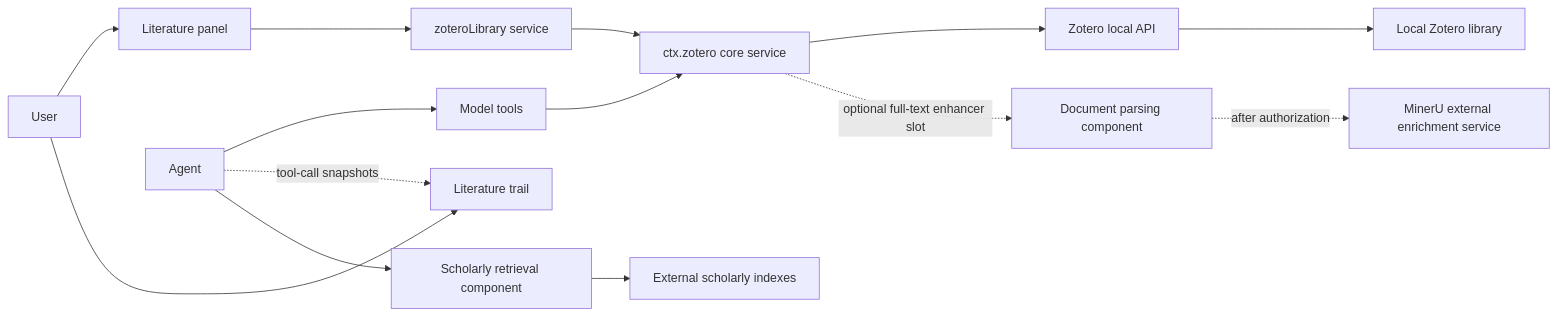
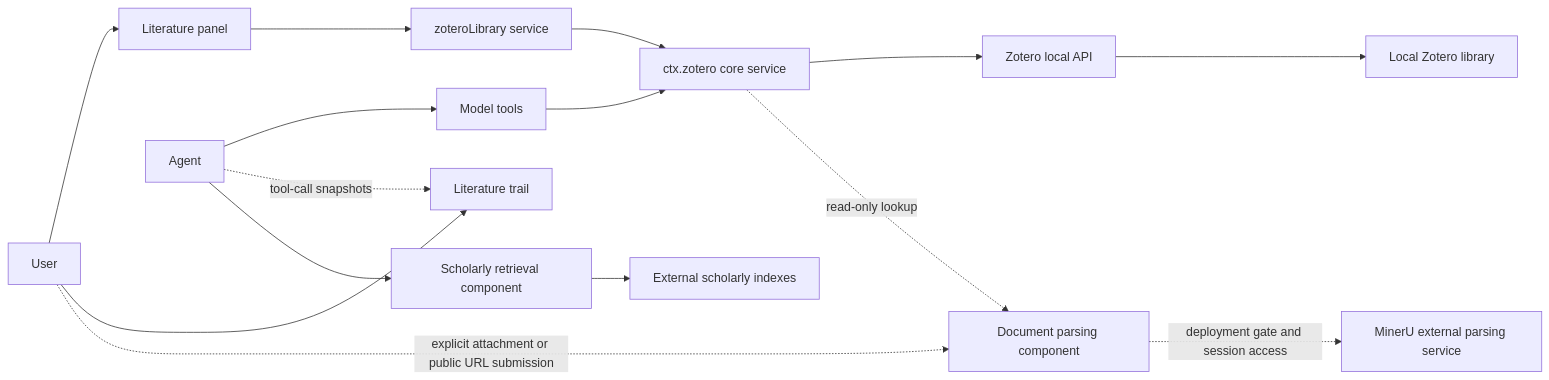
Before and after one commit to Vncntvx/dsh-zotero: the diagram in docs/product-model.en.md, drawn with Mermaid. The commit also changed other lines of this file and 133 other files, not shown here.

````diff
--- a/docs/product-model.en.md
+++ b/docs/product-model.en.md
@@ -58,14 +68,16 @@
 ```mermaid
 graph LR
     U[User] --> P[Literature panel]
     A[Agent] --> T[Model tools]
     P --> LS[zoteroLibrary service]
     T --> S[ctx.zotero core service]
     LS --> S
     S --> Z[Zotero local API]
     Z --> L[Local Zotero library]
     A -.->|tool-call snapshots| TR[Literature trail]
     U --> TR
     A --> X[Scholarly retrieval component] --> E[External scholarly indexes]
-    S -.->|optional full-text enhancer slot| PA[Document parsing component] -.->|after authorization| M[MinerU external enrichment service]
+    S -.->|read-only lookup| PA[Document parsing component]
+    U -.->|explicit attachment or public URL submission| PA
+    PA -.->|deployment gate and session access| M[MinerU external parsing service]
 ```
````
